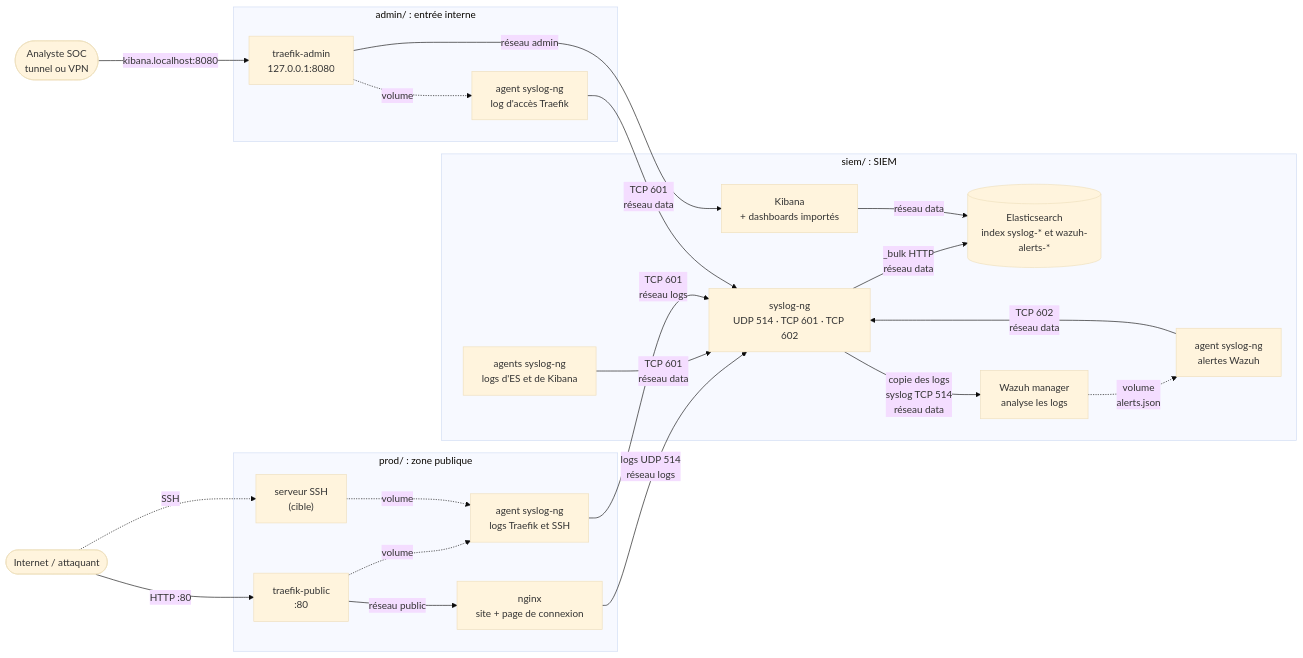
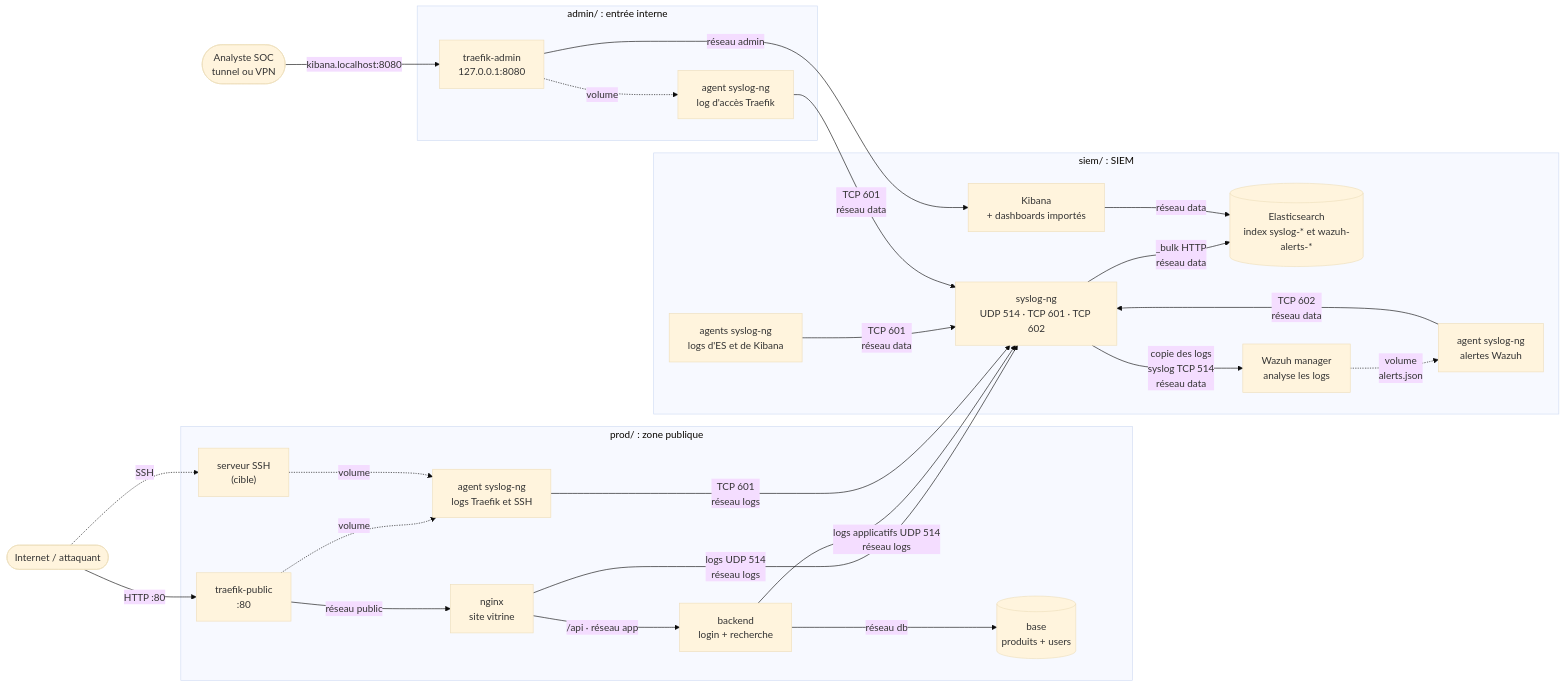
The diagram in architecture.mmd (SiafroD/8inf857projet1), drawn with Mermaid (base theme) before and after one commit. The commit also changed 12 other files, not shown here.

First line of the commit message:
feat(prod): shop backend and database behind nginx

```diff
--- a/architecture.mmd
+++ b/architecture.mmd
@@ -1,43 +1,48 @@
 flowchart LR
     Attaquant([Internet / attaquant])
     Analyste([Analyste SOC<br/>tunnel ou VPN])
 
     subgraph prod["prod/ : zone publique"]
         TP["traefik-public<br/>:80"]
-        NG["nginx<br/>site + page de connexion"]
+        NG["nginx<br/>site vitrine"]
+        BK["backend<br/>login + recherche"]
+        DB[("base<br/>produits + users")]
         SSH["serveur SSH<br/>(cible)"]
         APub["agent syslog-ng<br/>logs Traefik et SSH"]
     end
 
     subgraph admin["admin/ : entrée interne"]
         TA["traefik-admin<br/>127.0.0.1:8080"]
         AAdm["agent syslog-ng<br/>log d'accès Traefik"]
     end
 
     subgraph siem["siem/ : SIEM"]
         SL["syslog-ng<br/>UDP 514 · TCP 601 · TCP 602"]
         ES[("Elasticsearch<br/>index syslog-* et wazuh-alerts-*")]
         KB["Kibana<br/>+ dashboards importés"]
         AG["agents syslog-ng<br/>logs d'ES et de Kibana"]
         WZ["Wazuh manager<br/>analyse les logs"]
         AWZ["agent syslog-ng<br/>alertes Wazuh"]
     end
 
     %% Chaque flèche nomme le réseau qu'elle emprunte ; aucun autre chemin entre zones.
     Attaquant -->|"HTTP :80"| TP
     Attaquant -.->|"SSH"| SSH
     TP -->|"réseau public"| NG
+    NG -->|"/api · réseau app"| BK
+    BK -->|"réseau db"| DB
     NG -->|"logs UDP 514<br/>réseau logs"| SL
+    BK -->|"logs applicatifs UDP 514<br/>réseau logs"| SL
     AG -->|"TCP 601<br/>réseau data"| SL
     TP -.->|"volume"| APub
     SSH -.->|"volume"| APub
     APub -->|"TCP 601<br/>réseau logs"| SL
     TA -.->|"volume"| AAdm
     AAdm -->|"TCP 601<br/>réseau data"| SL
     SL -->|"_bulk HTTP<br/>réseau data"| ES
     KB -->|"réseau data"| ES
     Analyste -->|"kibana.localhost:8080"| TA
     TA -->|"réseau admin"| KB
     SL -->|"copie des logs<br/>syslog TCP 514<br/>réseau data"| WZ
     WZ -.->|"volume<br/>alerts.json"| AWZ
     AWZ -->|"TCP 602<br/>réseau data"| SL
```
